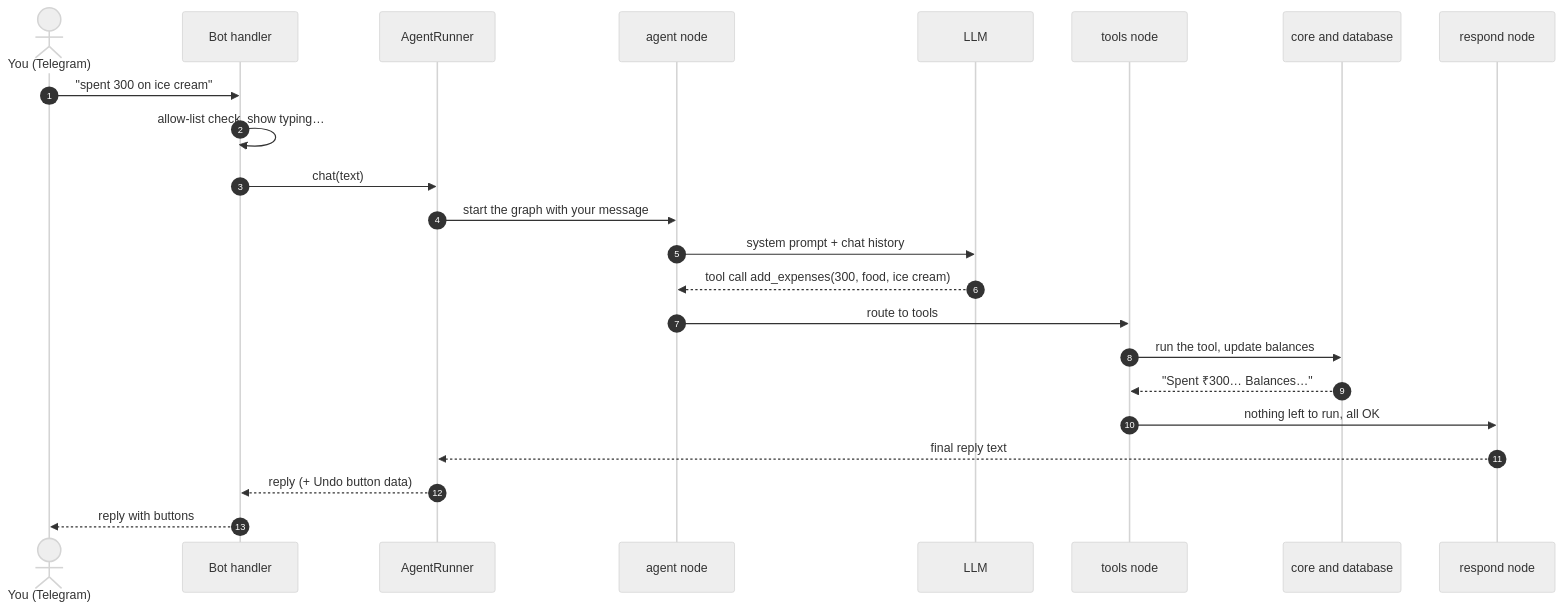
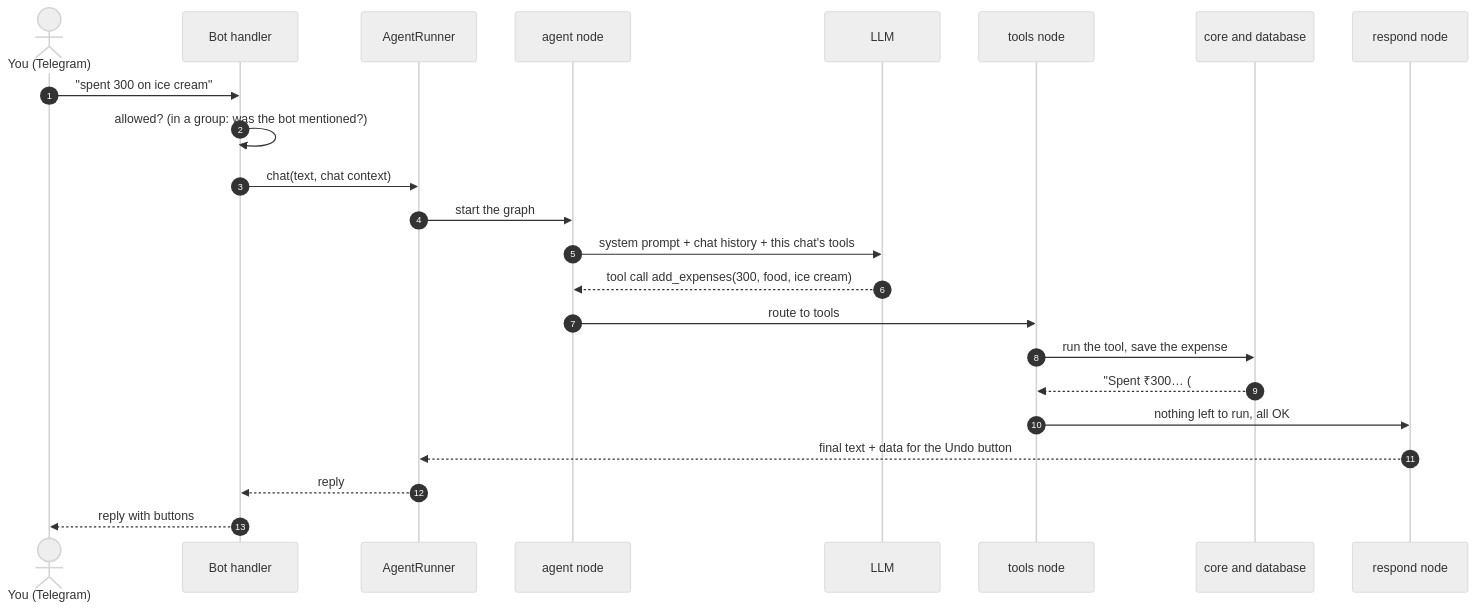
One commit to yeturu-surya-fission/Expense_Tracker changed the fourth of 6 diagrams in docs/STATE_GRAPH.md. Above: the diagram before and after it, drawn with Mermaid (neutral theme). The commit also changed other lines of this file and 3 other files, not shown here.

Commit message:
state diagram added

````diff
--- a/docs/STATE_GRAPH.md
+++ b/docs/STATE_GRAPH.md
@@ -81,26 +89,26 @@
 ```mermaid
 sequenceDiagram
     autonumber
     actor U as You (Telegram)
     participant B as Bot handler
     participant R as AgentRunner
     participant A as agent node
     participant L as LLM
     participant T as tools node
     participant C as core and database
     participant P as respond node
 
     U->>B: "spent 300 on ice cream"
-    B->>B: allow-list check, show typing…
-    B->>R: chat(text)
-    R->>A: start the graph with your message
-    A->>L: system prompt + chat history
+    B->>B: allowed? (in a group: was the bot mentioned?)
+    B->>R: chat(text, chat context)
+    R->>A: start the graph
+    A->>L: system prompt + chat history + this chat's tools
     L-->>A: tool call add_expenses(300, food, ice cream)
     A->>T: route to tools
-    T->>C: run the tool, update balances
-    C-->>T: "Spent ₹300… Balances…"
+    T->>C: run the tool, save the expense
+    C-->>T: "Spent ₹300… (#12)"
     T->>P: nothing left to run, all OK
-    P-->>R: final reply text
-    R-->>B: reply (+ Undo button data)
+    P-->>R: final text + data for the Undo button
+    R-->>B: reply
     B-->>U: reply with buttons
 ```
````
